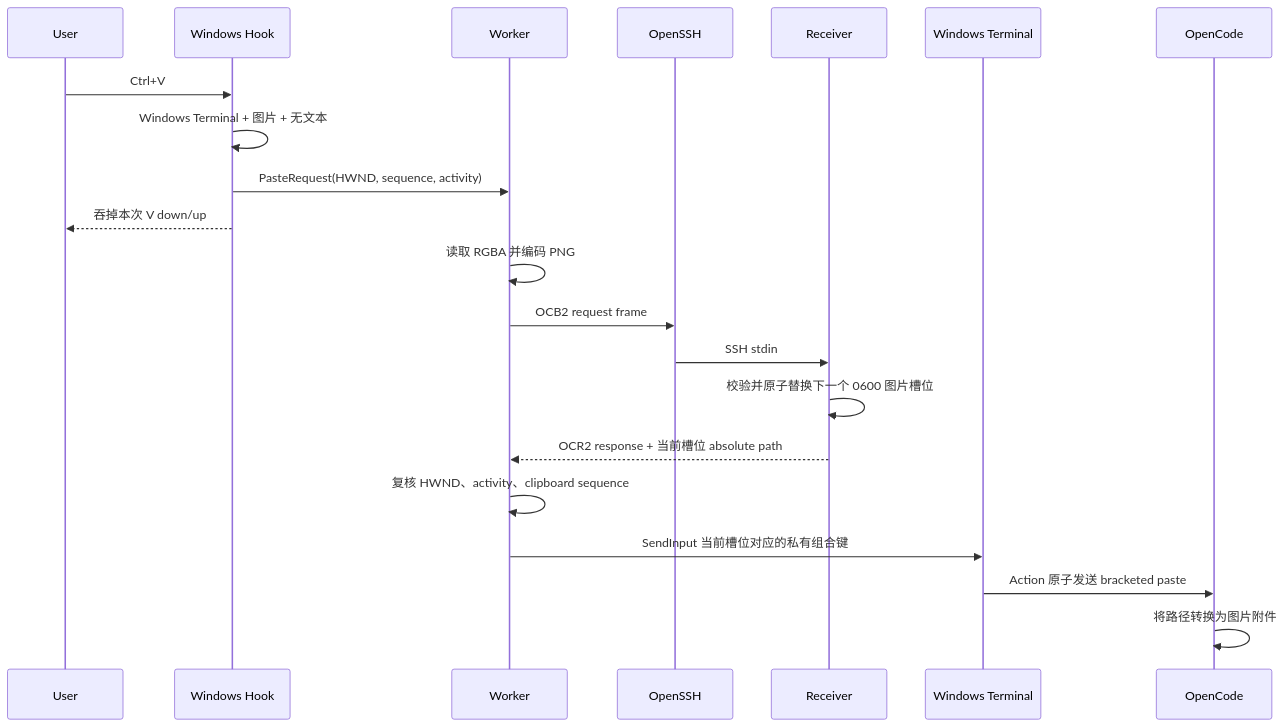
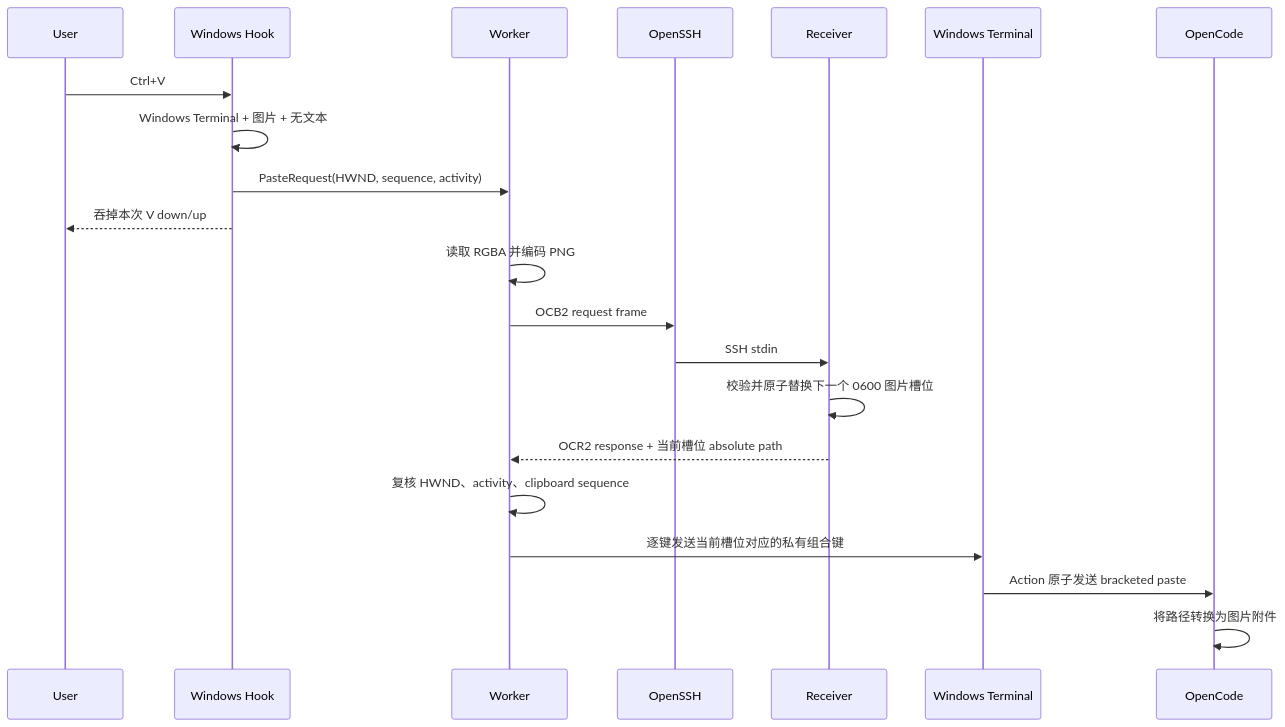
One commit to Empty-Jing/opencode-ssh-image-paste changed the third of 5 diagrams in docs/design.md. Above: the diagram before and after it, drawn with Mermaid. The commit also changed other lines of this file and 9 other files, not shown here.

````diff
--- a/docs/design.md
+++ b/docs/design.md
@@ -99,24 +99,24 @@
 ```mermaid
 sequenceDiagram
     participant U as User
     participant H as Windows Hook
     participant W as Worker
     participant S as OpenSSH
     participant R as Receiver
     participant WT as Windows Terminal
     participant OC as OpenCode
 
     U->>H: Ctrl+V
     H->>H: Windows Terminal + 图片 + 无文本
     H->>W: PasteRequest(HWND, sequence, activity)
     H-->>U: 吞掉本次 V down/up
     W->>W: 读取 RGBA 并编码 PNG
     W->>S: OCB2 request frame
     S->>R: SSH stdin
     R->>R: 校验并原子替换下一个 0600 图片槽位
     R-->>W: OCR2 response + 当前槽位 absolute path
     W->>W: 复核 HWND、activity、clipboard sequence
-    W->>WT: SendInput 当前槽位对应的私有组合键
+    W->>WT: 逐键发送当前槽位对应的私有组合键
     WT->>OC: Action 原子发送 bracketed paste
     OC->>OC: 将路径转换为图片附件
 ```
````
